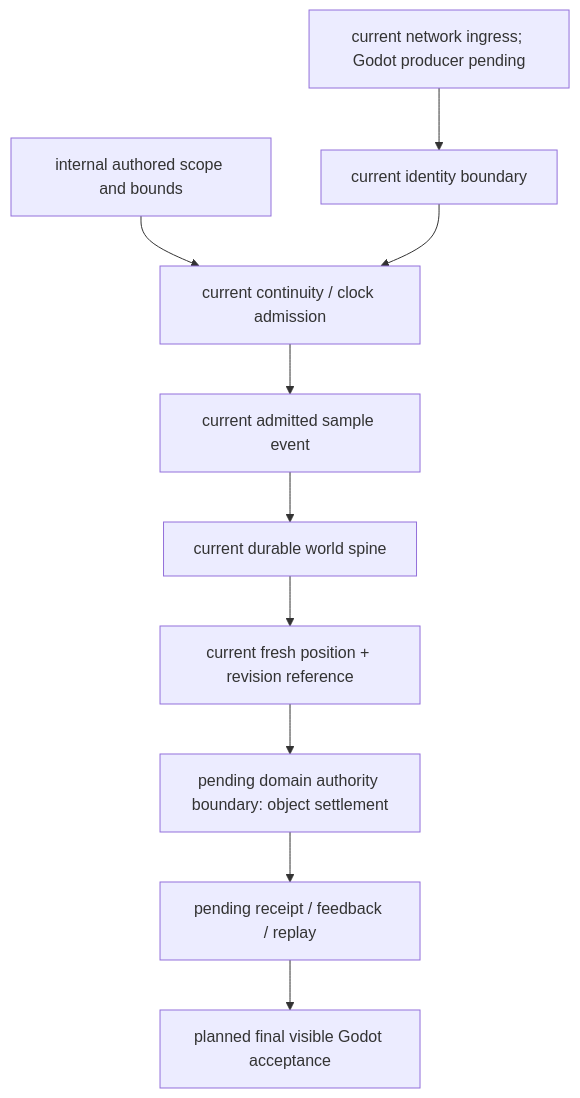
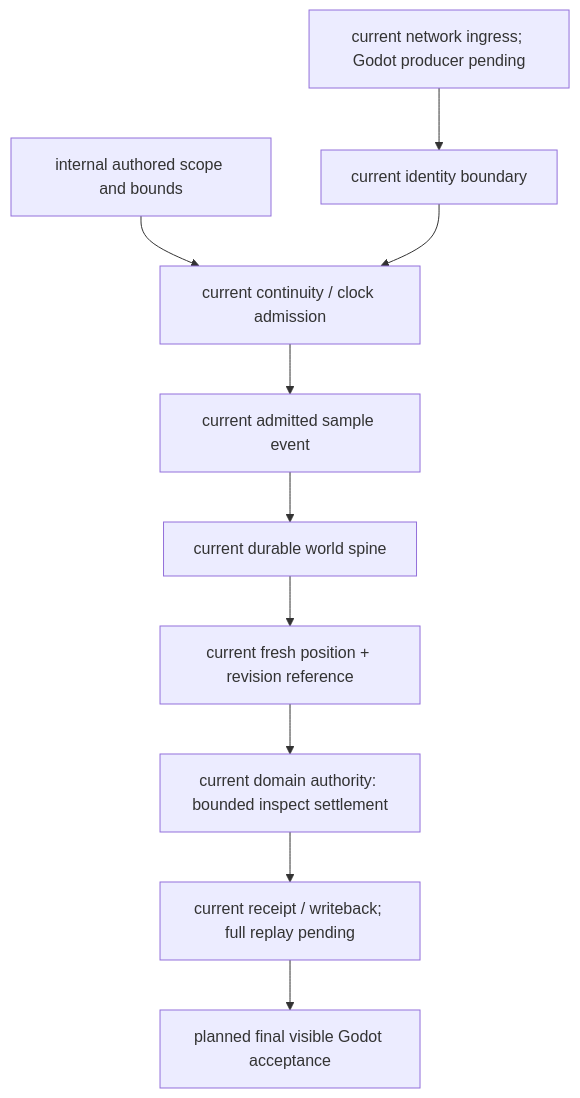
Before and after one commit to Dancing-coin/Paralls-phase0-1: the third of 6 diagrams in docs/superpowers/specs/2026-10-20-embodied-spatial-source-design.md, drawn with Mermaid. The commit also changed other lines of this file and 7 other files, not shown here.

Commit message:
feat: dispatch bounded character inspect to durable ESM owner

````diff
--- a/docs/superpowers/specs/2026-10-20-embodied-spatial-source-design.md
+++ b/docs/superpowers/specs/2026-10-20-embodied-spatial-source-design.md
@@ -48,11 +48,11 @@
 ```mermaid
 flowchart TD
   I["current network ingress; Godot producer pending"] --> A["current identity boundary"]
   R["internal authored scope and bounds"] --> B["current continuity / clock admission"]
   A --> B --> E["current admitted sample event"]
   E --> W["current durable world spine"]
   W --> P["current fresh position + revision reference"]
-  P --> O["pending domain authority boundary: object settlement"]
-  O --> F["pending receipt / feedback / replay"]
+  P --> O["current domain authority: bounded inspect settlement"]
+  O --> F["current receipt / writeback; full replay pending"]
   F --> G["planned final visible Godot acceptance"]
 ```
````
